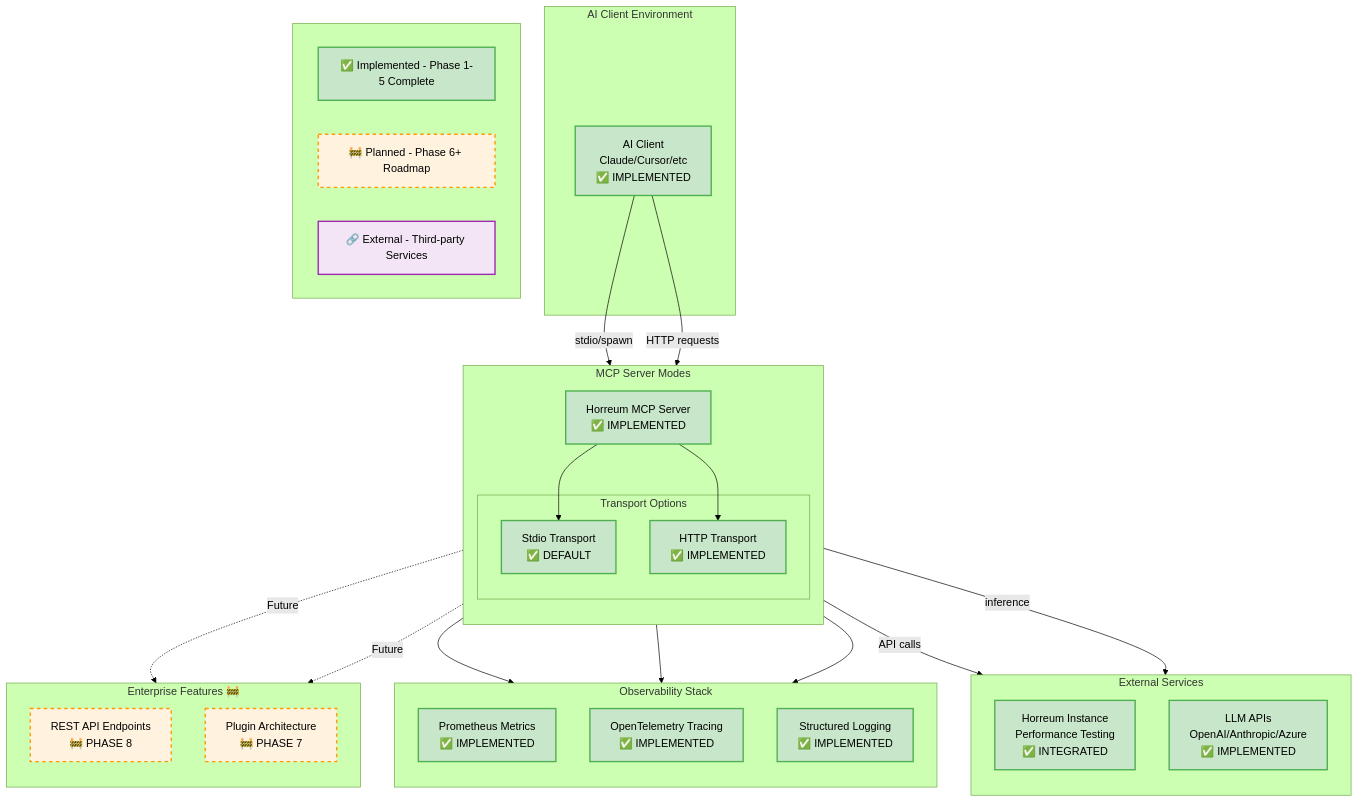
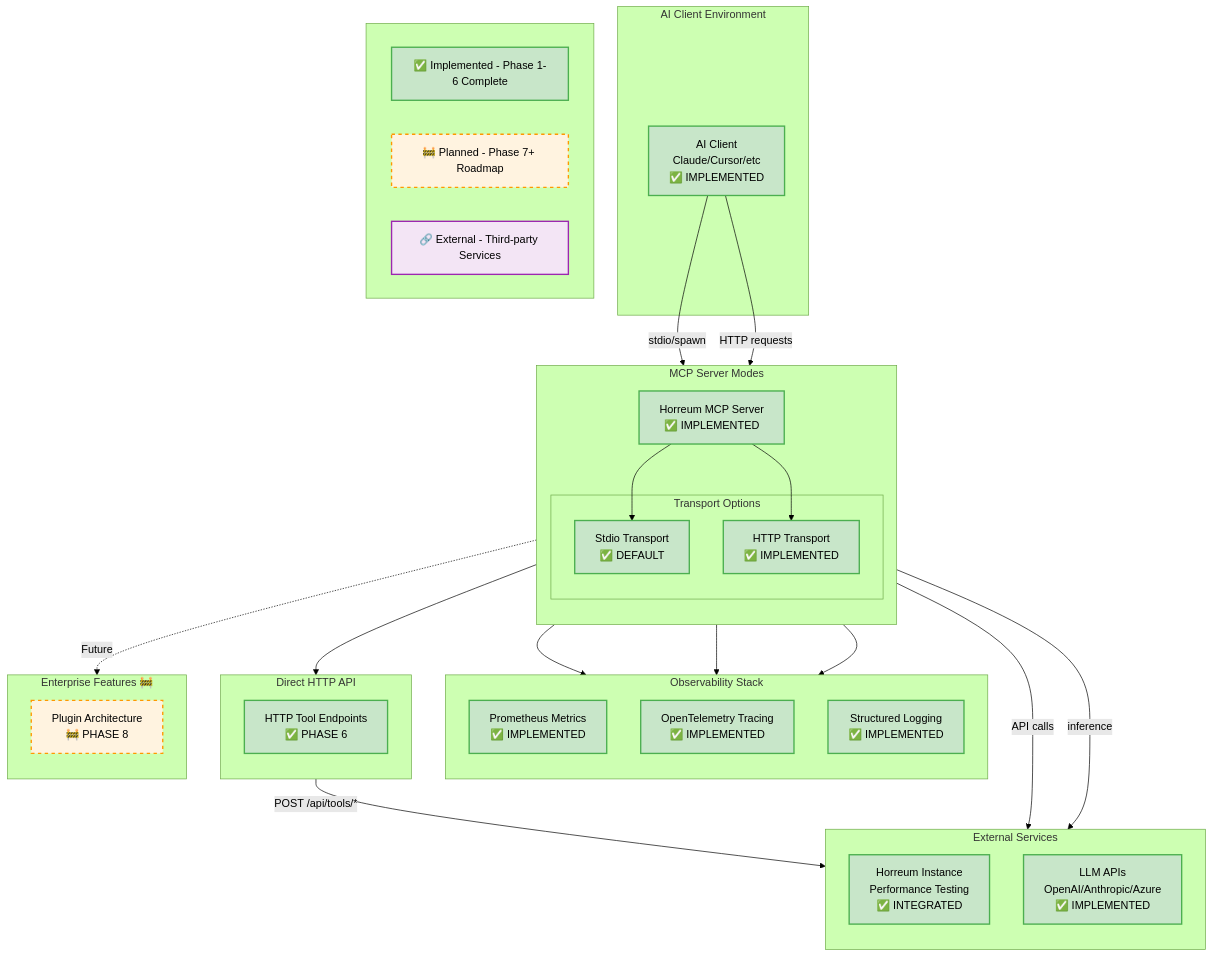
The first of 5 diagrams in README.md (dustinblack/horreum-mcp), drawn with Mermaid (forest theme) before and after one commit. The commit also changed other lines of this file and 3 other files, not shown here.

First line of the commit message:
docs: complete Phase 6 with comprehensive documentation (CR-20250930-5)

````diff
--- a/README.md
+++ b/README.md
@@ -99,69 +108,75 @@
 ```mermaid
 graph TB
     subgraph "AI Client Environment"
         AI[AI Client<br/>Claude/Cursor/etc<br/>✅ IMPLEMENTED]
     end
 
     subgraph "MCP Server Modes"
         direction TB
         MCP[Horreum MCP Server<br/>✅ IMPLEMENTED]
 
         subgraph "Transport Options"
             STDIO[Stdio Transport<br/>✅ DEFAULT]
             HTTP[HTTP Transport<br/>✅ IMPLEMENTED]
         end
 
         MCP --> STDIO
         MCP --> HTTP
     end
 
     subgraph "External Services"
         direction TB
         HORREUM[Horreum Instance<br/>Performance Testing<br/>✅ INTEGRATED]
         LLM[LLM APIs<br/>OpenAI/Anthropic/Azure<br/>✅ IMPLEMENTED]
     end
 
     subgraph "Observability Stack"
         direction TB
         PROM[Prometheus Metrics<br/>✅ IMPLEMENTED]
         OTEL[OpenTelemetry Tracing<br/>✅ IMPLEMENTED]
         LOGS[Structured Logging<br/>✅ IMPLEMENTED]
     end
 
     AI -->|stdio/spawn| STDIO
     AI -->|HTTP requests| HTTP
     MCP -->|API calls| HORREUM
     HTTP -->|inference| LLM
     MCP --> PROM
     MCP --> OTEL
     MCP --> LOGS
 
     classDef implemented fill:#c8e6c9,stroke:#4caf50,stroke-width:2px,color:#000000
     classDef planned fill:#fff3e0,stroke:#ff9800,stroke-width:2px,stroke-dasharray: 5 5,color:#000000
     classDef external fill:#f3e5f5,stroke:#9c27b0,stroke-width:2px,color:#000000
 
-    class AI,STDIO,MCP,HORREUM,PROM,OTEL,LOGS,HTTP,LLM implemented
+    subgraph "Direct HTTP API"
+        direction TB
+        HTTPAPI[HTTP Tool Endpoints<br/>✅ PHASE 6]
+    end
 
-    %% Future Enhancements (Phase 6+)
+    HTTP --> HTTPAPI
+    HTTPAPI -->|"POST /api/tools/*"| HORREUM
+
+    class AI,STDIO,MCP,HORREUM,PROM,OTEL,LOGS,HTTP,LLM,HTTPAPI implemented
+
+    %% Future Enhancements (Phase 7+)
     subgraph "Enterprise Features 🚧"
         direction TB
-        REST[REST API Endpoints<br/>🚧 PHASE 8]
-        PLUGIN[Plugin Architecture<br/>🚧 PHASE 7]
+        PLUGIN[Plugin Architecture<br/>🚧 PHASE 8]
     end
 
-    HTTP -.->|"Future"| REST
     MCP -.->|"Future"| PLUGIN
 
-    class REST,PLUGIN planned
+    class PLUGIN planned
 
     %% Legend
     subgraph Legend[" "]
-        L1[✅ Implemented - Phase 1-5 Complete]
-        L2[🚧 Planned - Phase 6+ Roadmap]
+        L1[✅ Implemented - Phase 1-6 Complete]
+        L2[🚧 Planned - Phase 7+ Roadmap]
         L3[🔗 External - Third-party Services]
     end
 
     class L1 implemented
     class L2 planned
     class L3 external
 ```
````
